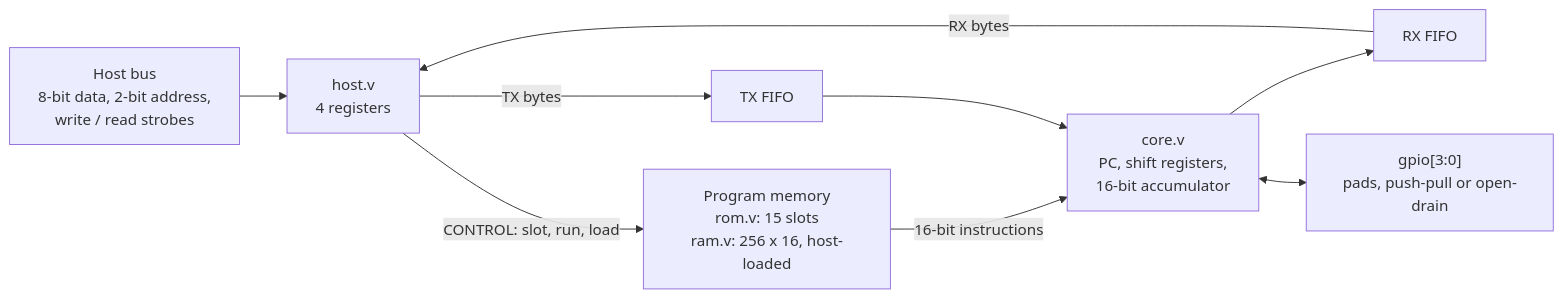
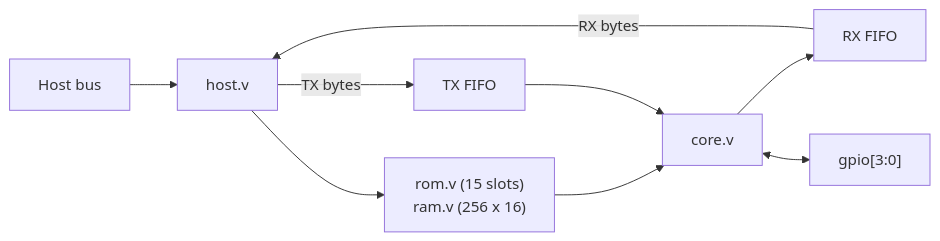
One commit to cshieldsce/smallcore changed the diagram in README.md. Above: the diagram before and after it, drawn with Mermaid. The commit also changed other lines of this file, not shown here.

````diff
--- a/README.md
+++ b/README.md
@@ -22,11 +29,11 @@
 ```mermaid
 flowchart LR
-    host["Host bus<br/>8-bit data, 2-bit address,<br/>write / read strobes"] --> H["host.v<br/>4 registers"]
-    H -- "CONTROL: slot, run, load" --> M["Program memory<br/>rom.v: 15 slots<br/>ram.v: 256 x 16, host-loaded"]
-    H -- "TX bytes" --> TXF["TX FIFO"]
-    RXF["RX FIFO"] -- "RX bytes" --> H
-    M -- "16-bit instructions" --> C["core.v<br/>PC, shift registers,<br/>16-bit accumulator"]
+    host["Host bus"] --> H["host.v"]
+    H --> M["rom.v (15 slots)<br/>ram.v (256 x 16)"]
+    H -- TX bytes --> TXF["TX FIFO"]
+    RXF["RX FIFO"] -- RX bytes --> H
+    M --> C["core.v"]
     TXF --> C
     C --> RXF
-    C <--> P["gpio[3:0]<br/>pads, push-pull or open-drain"]
+    C <--> P["gpio[3:0]"]
 ```
````
